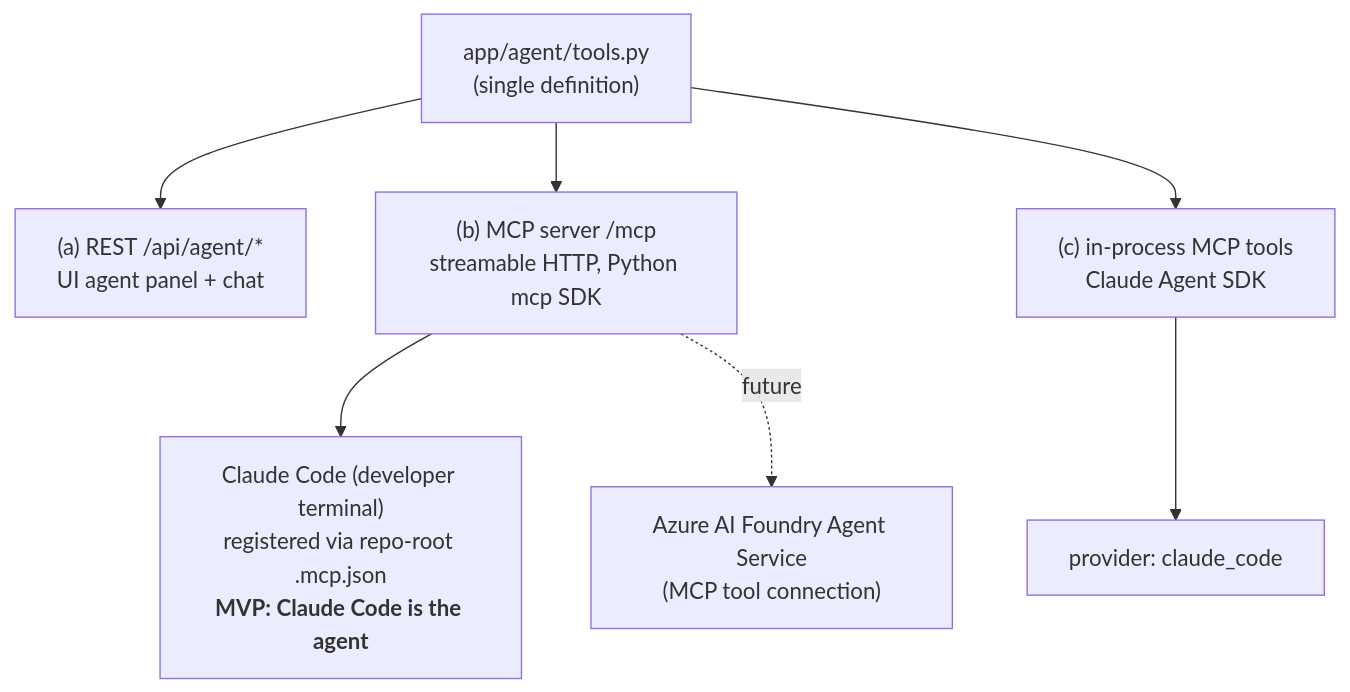
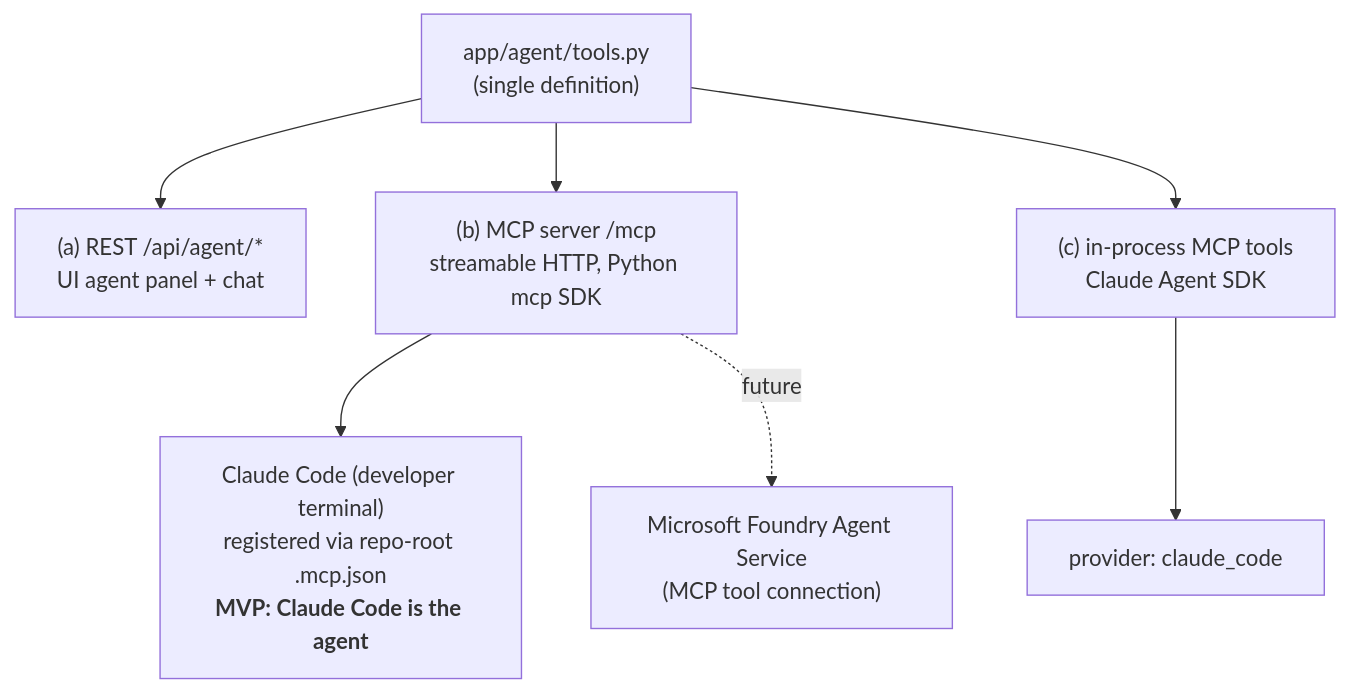
Before and after one commit to mattyjayt/beyond_the_touchline: the third of 7 diagrams in docs/architecture.md, drawn with Mermaid. The commit also changed other lines of this file and 5 other files, not shown here.

````diff
--- a/docs/architecture.md
+++ b/docs/architecture.md
@@ -128,10 +128,10 @@
 ```mermaid
 flowchart TB
   TOOLS["app/agent/tools.py<br/>(single definition)"]
   TOOLS --> A["(a) REST /api/agent/*<br/>UI agent panel + chat"]
   TOOLS --> B["(b) MCP server /mcp<br/>streamable HTTP, Python mcp SDK"]
   TOOLS --> C["(c) in-process MCP tools<br/>Claude Agent SDK"]
   B --> CC["Claude Code (developer terminal)<br/>registered via repo-root .mcp.json<br/><b>MVP: Claude Code is the agent</b>"]
-  B -.future.-> FD["Azure AI Foundry Agent Service<br/>(MCP tool connection)"]
+  B -.future.-> FD["Microsoft Foundry Agent Service<br/>(MCP tool connection)"]
   C --> P2["provider: claude_code"]
 ```
````
